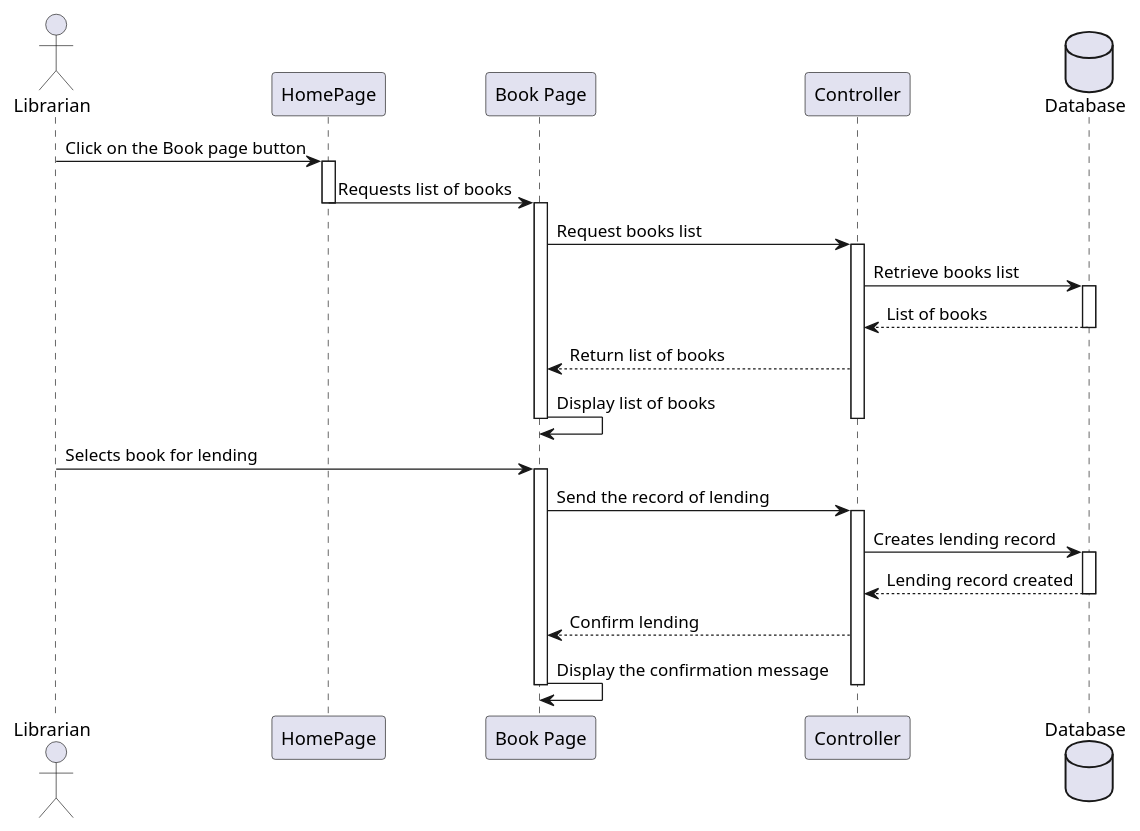
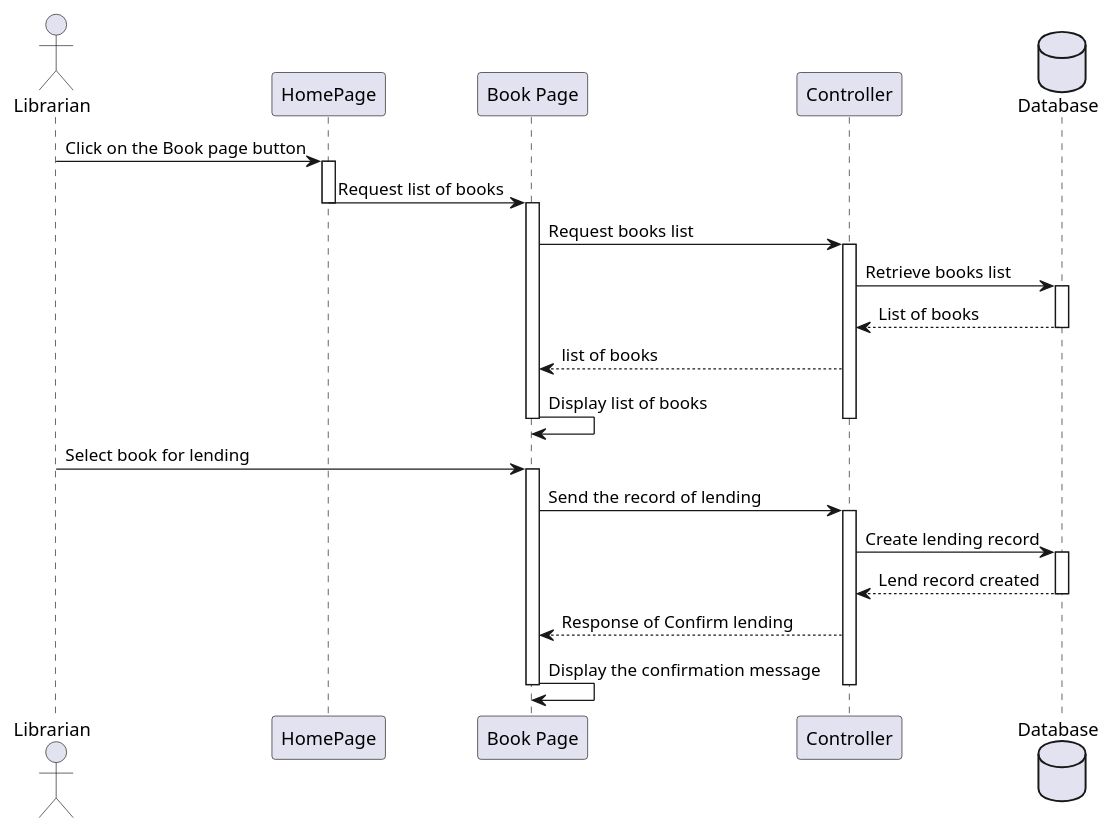
Before and after one commit to bartucank/mlm: the diagram in docs/umlDiagrams/Sequence Diagrams/Lendbook.puml, drawn with PlantUML. The commit also changed 35 other files, not shown here.

Commit message:
Room Services + UML Diagrams

```diff
--- a/docs/umlDiagrams/Sequence Diagrams/Lendbook.puml
+++ b/docs/umlDiagrams/Sequence Diagrams/Lendbook.puml
@@ -1,40 +1,40 @@
 @startuml
 actor "Librarian" as Librarian
 participant "HomePage" as Home
 participant "Book Page" as Page
 participant "Controller" as System
 database "Database" as BooksDB
 
 Librarian -> Home: Click on the Book page button
 activate Home
-Home -> Page: Requests list of books
+Home -> Page: Request list of books
 deactivate Home
 activate Page
 Page -> System: Request books list
 activate System
 
 System -> BooksDB: Retrieve books list
 activate BooksDB
 BooksDB --> System: List of books
 deactivate BooksDB
-System --> Page: Return list of books
+System --> Page:  list of books
 Page -> Page: Display list of books
 deactivate System
 deactivate Page
 
 
-Librarian -> Page: Selects book for lending
+Librarian -> Page: Select book for lending
 activate Page
 Page -> System: Send the record of lending
 activate System
 
-System -> BooksDB: Creates lending record
+System -> BooksDB: Create lending record
 activate BooksDB
-BooksDB --> System: Lending record created
+BooksDB --> System: Lend record created
 deactivate BooksDB
 
-System --> Page: Confirm lending
+System --> Page: Response of Confirm lending
 Page -> Page: Display the confirmation message
 deactivate Page
 deactivate System
 @enduml
```
